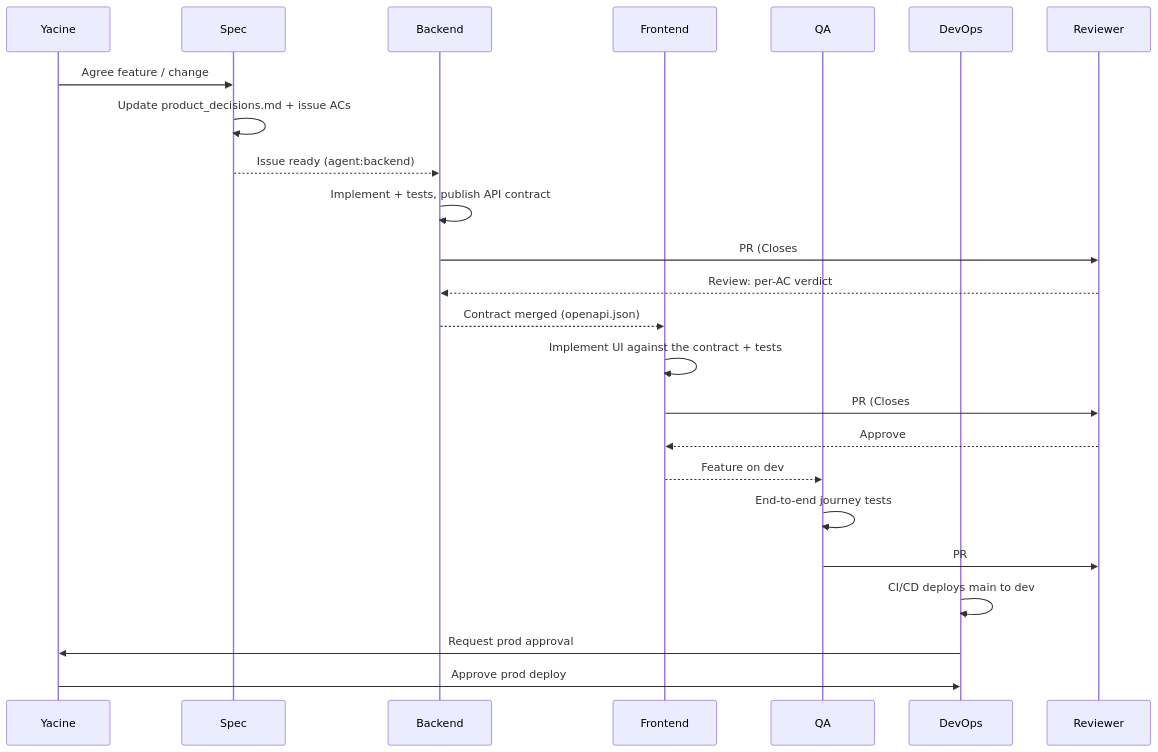
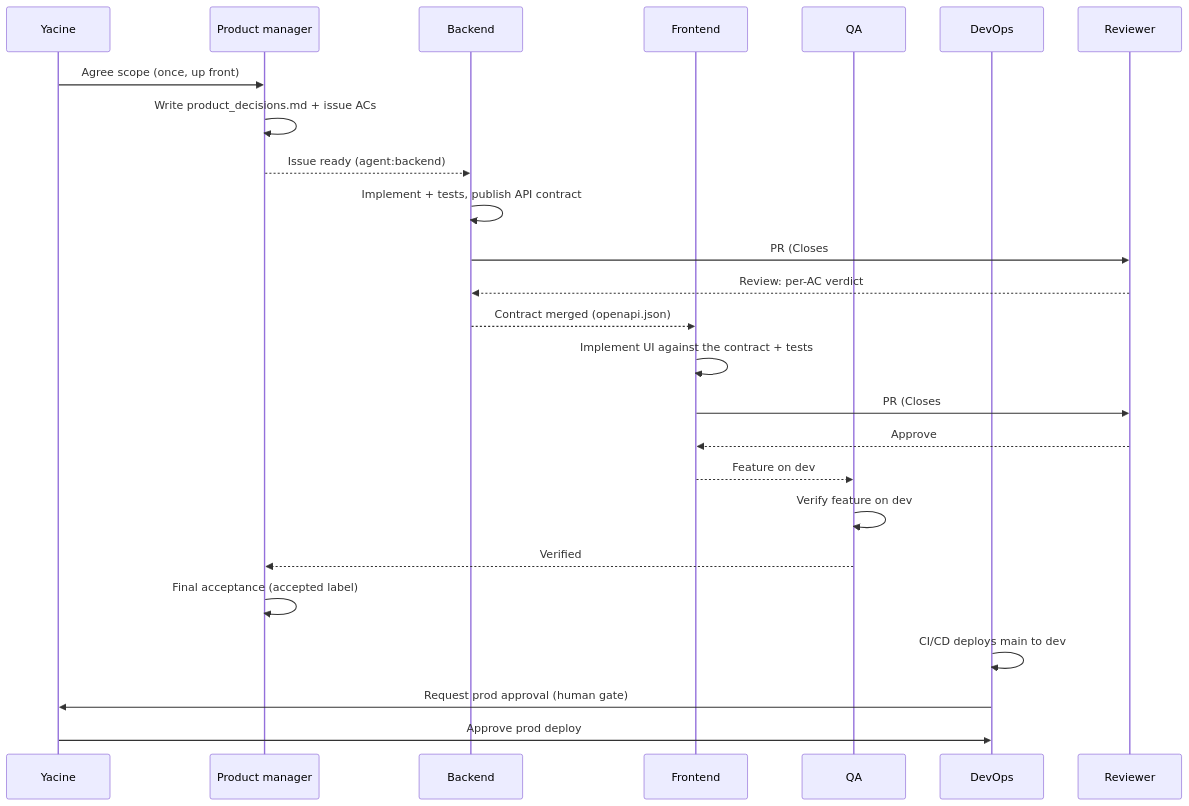
The diagram in _docs/agents.md (ybenzine/ineedtofocus), drawn with Mermaid before and after one commit. The commit also changed other lines of this file and 19 other files, not shown here.

First line of the commit message:
docs: product manager agent, final acceptance and autonomous backlog loop (#49)

````diff
--- a/_docs/agents.md
+++ b/_docs/agents.md
@@ -23,26 +23,27 @@
 ```mermaid
 sequenceDiagram
     participant Y as Yacine
-    participant S as Spec
+    participant S as Product manager
     participant B as Backend
     participant F as Frontend
     participant Q as QA
     participant D as DevOps
     participant R as Reviewer
-    Y->>S: Agree feature / change
-    S->>S: Update product_decisions.md + issue ACs
+    Y->>S: Agree scope (once, up front)
+    S->>S: Write product_decisions.md + issue ACs
     S-->>B: Issue ready (agent:backend)
     B->>B: Implement + tests, publish API contract
     B->>R: PR (Closes #n)
     R-->>B: Review: per-AC verdict
     B-->>F: Contract merged (openapi.json)
     F->>F: Implement UI against the contract + tests
     F->>R: PR (Closes #m)
     R-->>F: Approve
     F-->>Q: Feature on dev
-    Q->>Q: End-to-end journey tests
-    Q->>R: PR
+    Q->>Q: Verify feature on dev
+    Q-->>S: Verified
+    S->>S: Final acceptance (accepted label)
     D->>D: CI/CD deploys main to dev
-    D->>Y: Request prod approval
+    D->>Y: Request prod approval (human gate)
     Y->>D: Approve prod deploy
 ```
````
